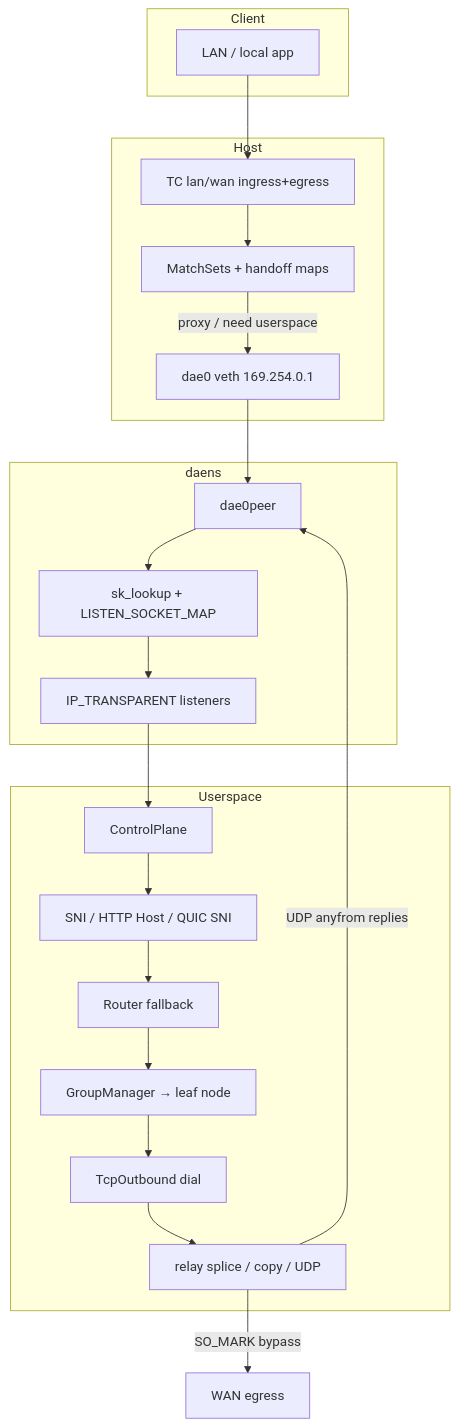
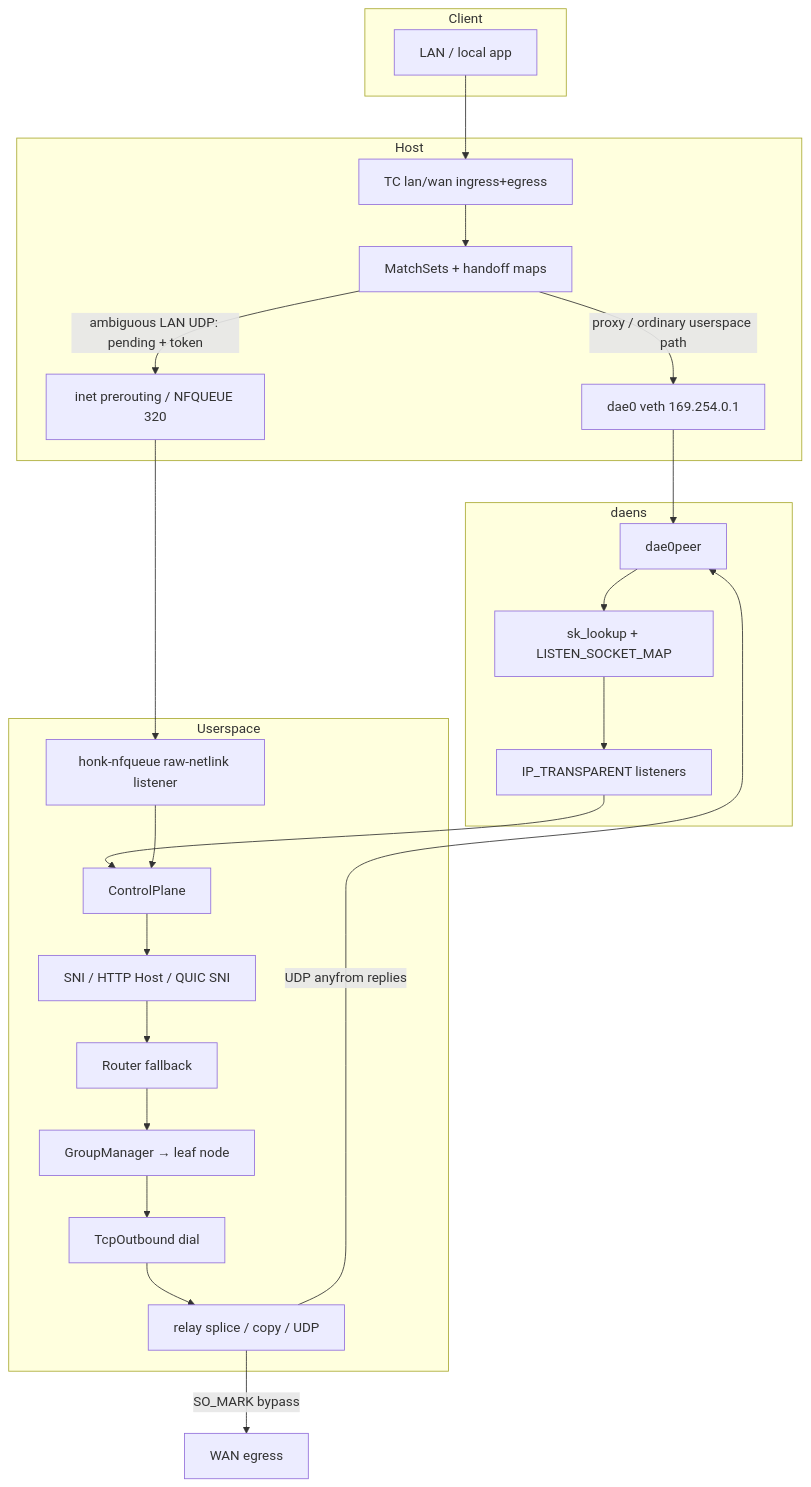
Before and after one commit to Glassyiris/honk: the second of 2 diagrams in doc/design.en.md, drawn with Mermaid. The commit also changed other lines of this file and 8 other files, not shown here.

````diff
--- a/doc/design.en.md
+++ b/doc/design.en.md
@@ -58,33 +60,36 @@
 ```mermaid
 flowchart TB
   subgraph Client
     APP[LAN / local app]
   end
 
   subgraph Host
     TC[TC lan/wan ingress+egress]
     MAPS[MatchSets + handoff maps]
     DAE0[dae0 veth 169.254.0.1]
+    NFQ[inet prerouting / NFQUEUE 320]
   end
 
   subgraph daens
     PEER[dae0peer]
     SK[sk_lookup + LISTEN_SOCKET_MAP]
     LISTEN[IP_TRANSPARENT listeners]
   end
 
   subgraph Userspace
+    NFQL[honk-nfqueue raw-netlink listener]
     CP[ControlPlane]
     SNIFF[SNI / HTTP Host / QUIC SNI]
     R[Router fallback]
     G[GroupManager → leaf node]
     D[TcpOutbound dial]
     REL[relay splice / copy / UDP]
   end
 
   APP --> TC --> MAPS
-  MAPS -->|proxy / need userspace| DAE0 --> PEER --> SK --> LISTEN --> CP
+  MAPS -->|proxy / ordinary userspace path| DAE0 --> PEER --> SK --> LISTEN --> CP
+  MAPS -->|ambiguous LAN UDP: pending + token| NFQ --> NFQL --> CP
   CP --> SNIFF --> R --> G --> D --> REL
   REL -->|SO_MARK bypass| WAN[WAN egress]
   REL -->|UDP anyfrom replies| PEER
 ```
````
